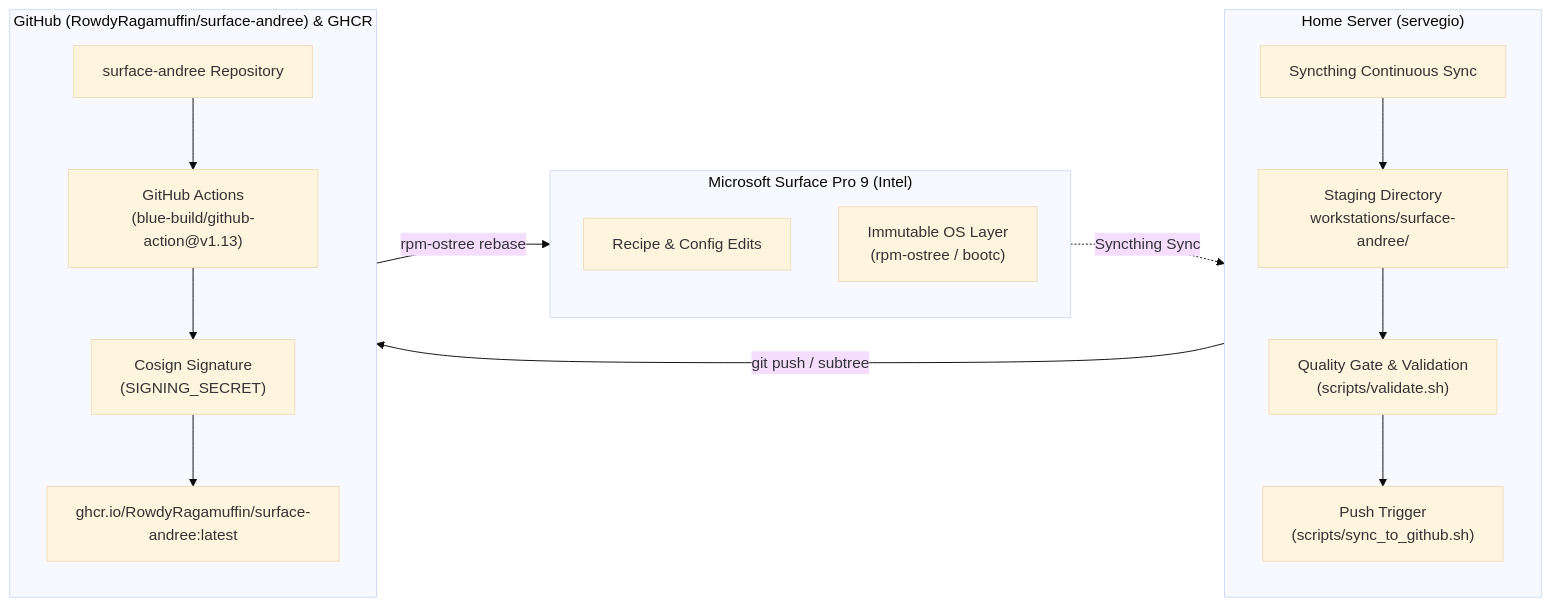
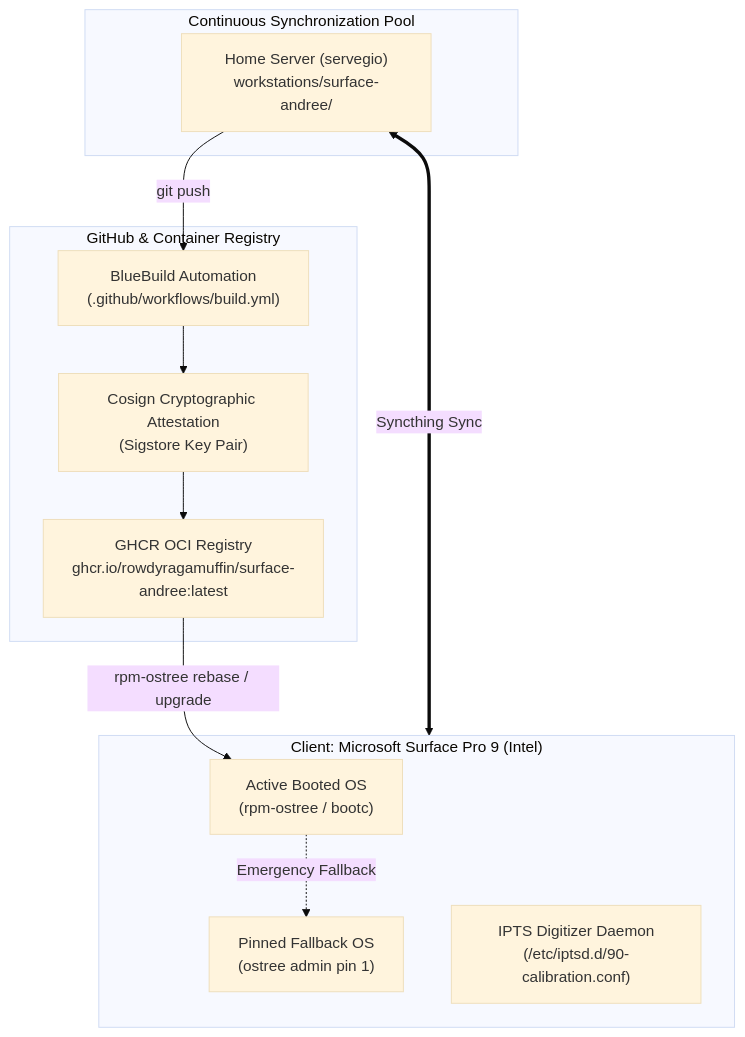
One commit to RowdyRagamuffin/surface-andree changed the diagram in README.md. Above: the diagram before and after it, drawn with Mermaid (base theme). The commit also changed other lines of this file, not shown here.

Commit message:
docs: update public repository README with complete deployment runbook and architecture

````diff
--- a/README.md
+++ b/README.md
@@ -9,34 +13,25 @@
 ```mermaid
-flowchart LR
-    subgraph Client["Microsoft Surface Pro 9 (Intel)"]
-        direction TB
-        LocalEdit["Recipe & Config Edits"]
-        OSTreeDeployment["Immutable OS Layer\n(rpm-ostree / bootc)"]
+flowchart TD
+    subgraph Client["Client: Microsoft Surface Pro 9 (Intel)"]
+        A1["Active Booted OS\n(rpm-ostree / bootc)"]
+        A2["Pinned Fallback OS\n(ostree admin pin 1)"]
+        A3["IPTS Digitizer Daemon\n(/etc/iptsd.d/90-calibration.conf)"]
     end
 
-    subgraph HomeServer["Home Server (servegio)"]
-        direction TB
-        Staging["Staging Directory\nworkstations/surface-andree/"]
-        SyncthingSync["Syncthing Continuous Sync"]
-        LocalGate["Quality Gate & Validation\n(scripts/validate.sh)"]
-        SyncScript["Push Trigger\n(scripts/sync_to_github.sh)"]
+    subgraph GitHubSupplyChain["GitHub & Container Registry"]
+        B1["BlueBuild Automation\n(.github/workflows/build.yml)"]
+        B2["Cosign Cryptographic Attestation\n(Sigstore Key Pair)"]
+        B3["GHCR OCI Registry\nghcr.io/rowdyragamuffin/surface-andree:latest"]
     end
 
-    subgraph GitHubCI["GitHub (RowdyRagamuffin/surface-andree) & GHCR"]
-        direction TB
-        PublicRepo["surface-andree Repository"]
-        Actions["GitHub Actions\n(blue-build/github-action@v1.13)"]
-        Cosign["Cosign Signature\n(SIGNING_SECRET)"]
-        GHCR["ghcr.io/RowdyRagamuffin/surface-andree:latest"]
+    subgraph SyncthingStorage["Continuous Synchronization Pool"]
+        C1["Home Server (servegio)\nworkstations/surface-andree/"]
     end
 
-    LocalEdit -.->|Syncthing Sync| SyncthingSync
-    SyncthingSync --> Staging
-    Staging --> LocalGate
-    LocalGate --> SyncScript
-    SyncScript -->|git push / subtree| PublicRepo
-    PublicRepo --> Actions
-    Actions --> Cosign
-    Cosign --> GHCR
-    GHCR -->|rpm-ostree rebase| OSTreeDeployment
+    C1 <==>|Syncthing Sync| Client
+    C1 -->|git push| B1
+    B1 --> B2
+    B2 --> B3
+    B3 -->|rpm-ostree rebase / upgrade| A1
+    A1 -.->|Emergency Fallback| A2
 ```
````
